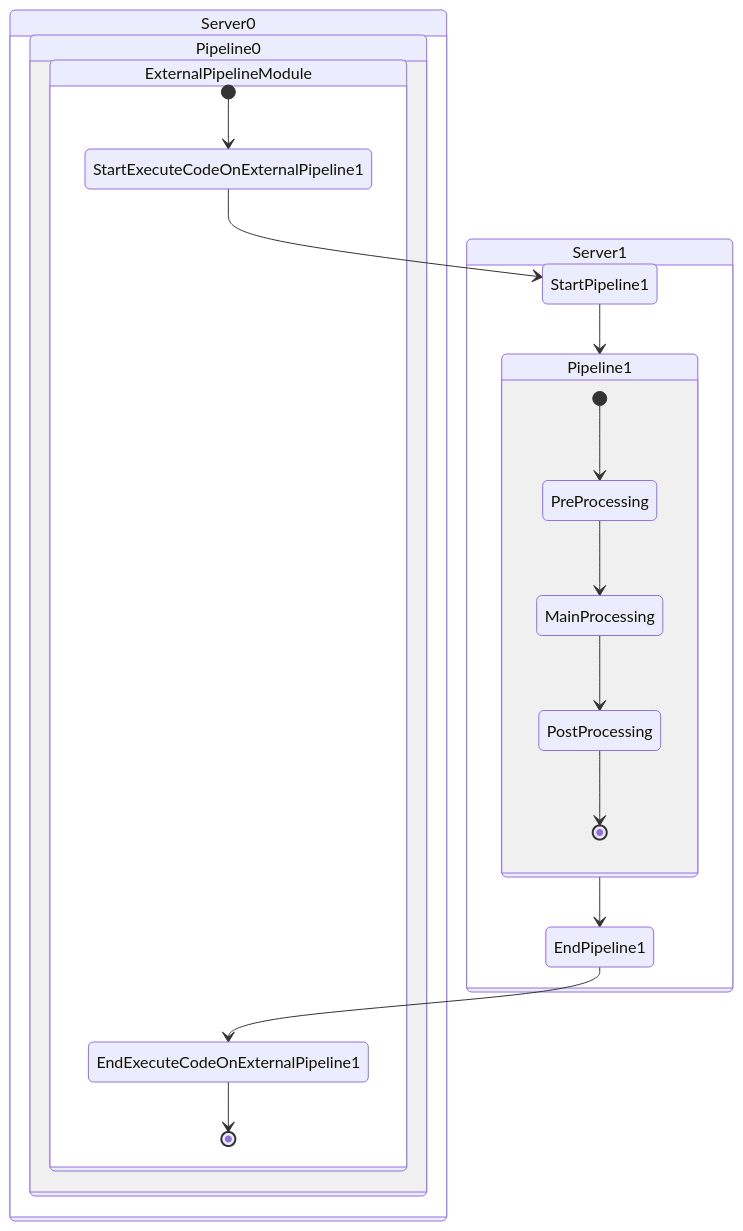
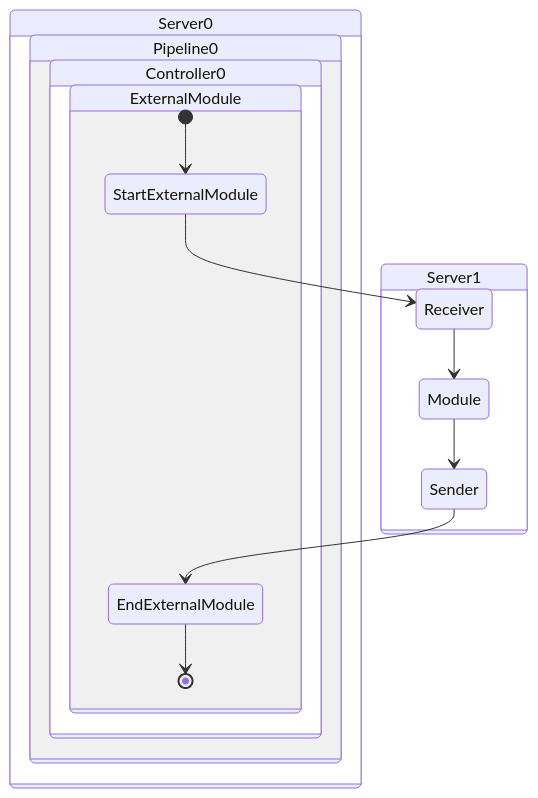
One commit to bigbluebutton-bot/stream_pipeline changed the fifth of 6 diagrams in README.md. Above: the diagram before and after it, drawn with Mermaid. The commit also changed other lines of this file, not shown here.

````diff
--- a/README.md
+++ b/README.md
@@ -197,25 +262,23 @@
 ```mermaid
 stateDiagram-v2
     state Server0 {
         state Pipeline0 {
-            state ExternalPipelineModule {
-                [*] --> StartExecuteCodeOnExternalPipeline1
-                EndExecuteCodeOnExternalPipeline1 --> [*]
+            state Controller0 {
+                state ExternalModule {
+                    [*] --> StartExternalModule
+                    EndExternalModule --> [*]
+                }
             }
         }
     }
 
     state Server1 {
-        StartPipeline1 --> Pipeline1
-        state Pipeline1 {
-            [*] --> PreProcessing
-            PreProcessing --> MainProcessing
-            MainProcessing --> PostProcessing
-            PostProcessing --> [*]
-        }
-        Pipeline1 --> EndPipeline1
+
+        Receiver --> Module
+
+        Module --> Sender
     }
 
-    StartExecuteCodeOnExternalPipeline1 --> StartPipeline1
-    EndPipeline1 --> EndExecuteCodeOnExternalPipeline1
+    StartExternalModule --> Receiver
+    Sender --> EndExternalModule
 ```
````
